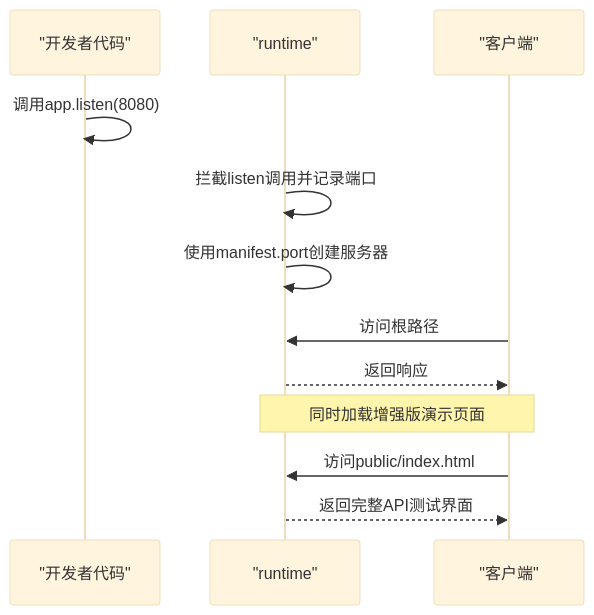
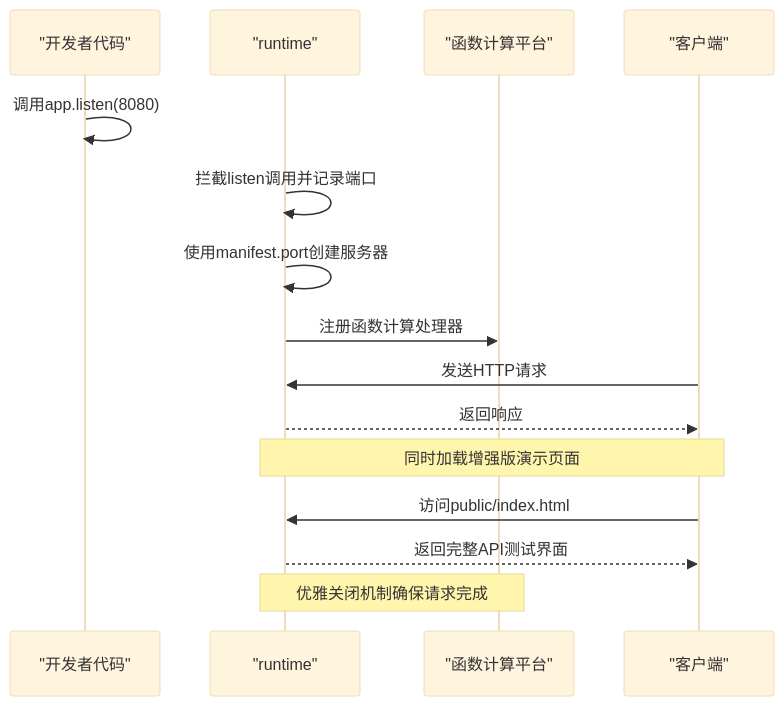
Before and after one commit to esa-sp/test-for-aone-ci: the fifth of 13 diagrams in .qoder/repowiki/zh/content/后端框架测试/Express框架测试.md, drawn with Mermaid (base theme). The commit also changed other lines of this file and 51 other files, not shown here.

````diff
--- a/.qoder/repowiki/zh/content/后端框架测试/Express框架测试.md
+++ b/.qoder/repowiki/zh/content/后端框架测试/Express框架测试.md
@@ -339,14 +377,17 @@
 ```mermaid
 sequenceDiagram
 participant Dev as "开发者代码"
 participant RT as "runtime"
+participant FC as "函数计算平台"
 participant Client as "客户端"
 Dev->>Dev : 调用app.listen(8080)
 RT->>RT : 拦截listen调用并记录端口
 RT->>RT : 使用manifest.port创建服务器
-Client->>RT : 访问根路径
+RT->>FC : 注册函数计算处理器
+Client->>RT : 发送HTTP请求
 RT-->>Client : 返回响应
 Note over Client,RT : 同时加载增强版演示页面
 Client->>RT : 访问public/index.html
 RT-->>Client : 返回完整API测试界面
+Note over RT,FC : 优雅关闭机制确保请求完成
 ```
````
